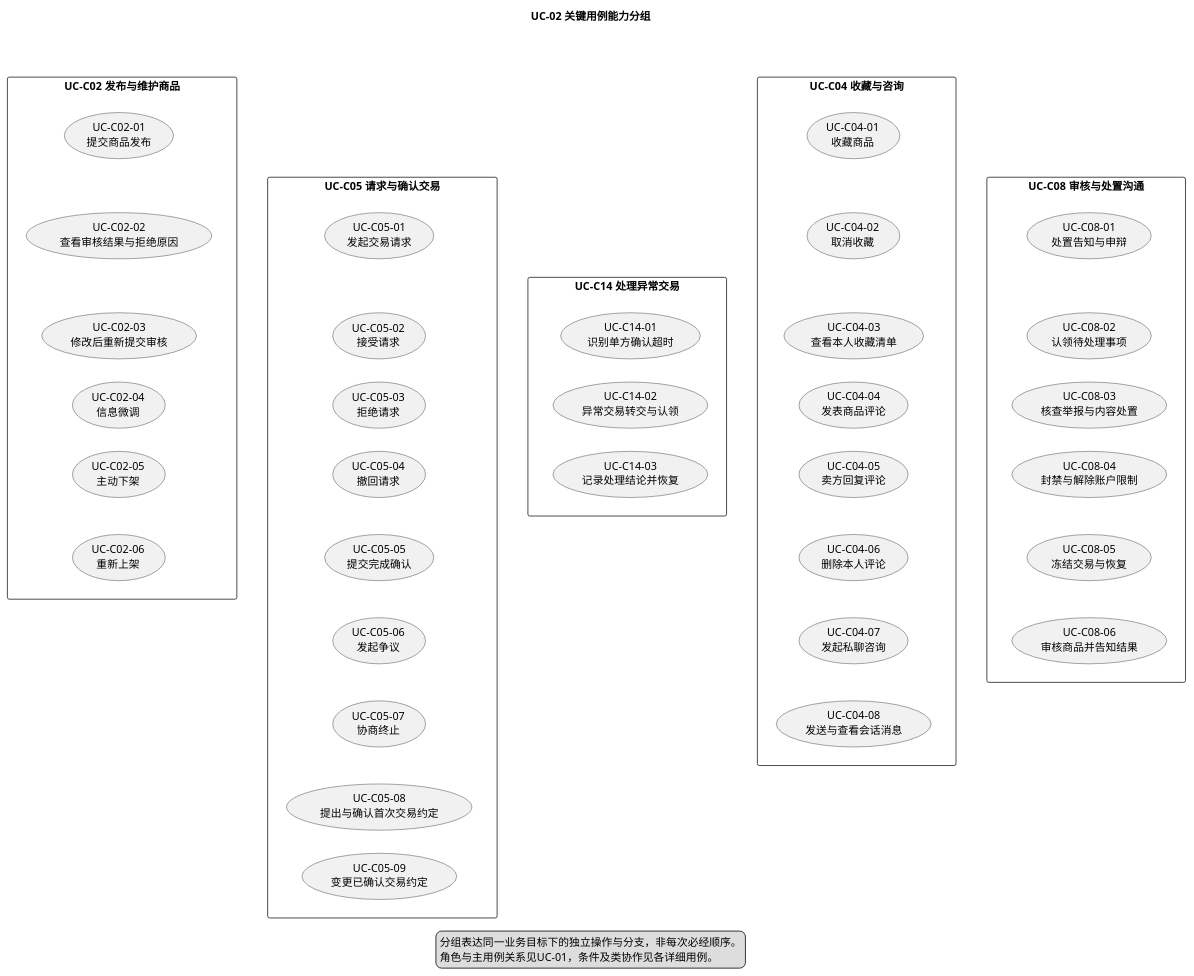
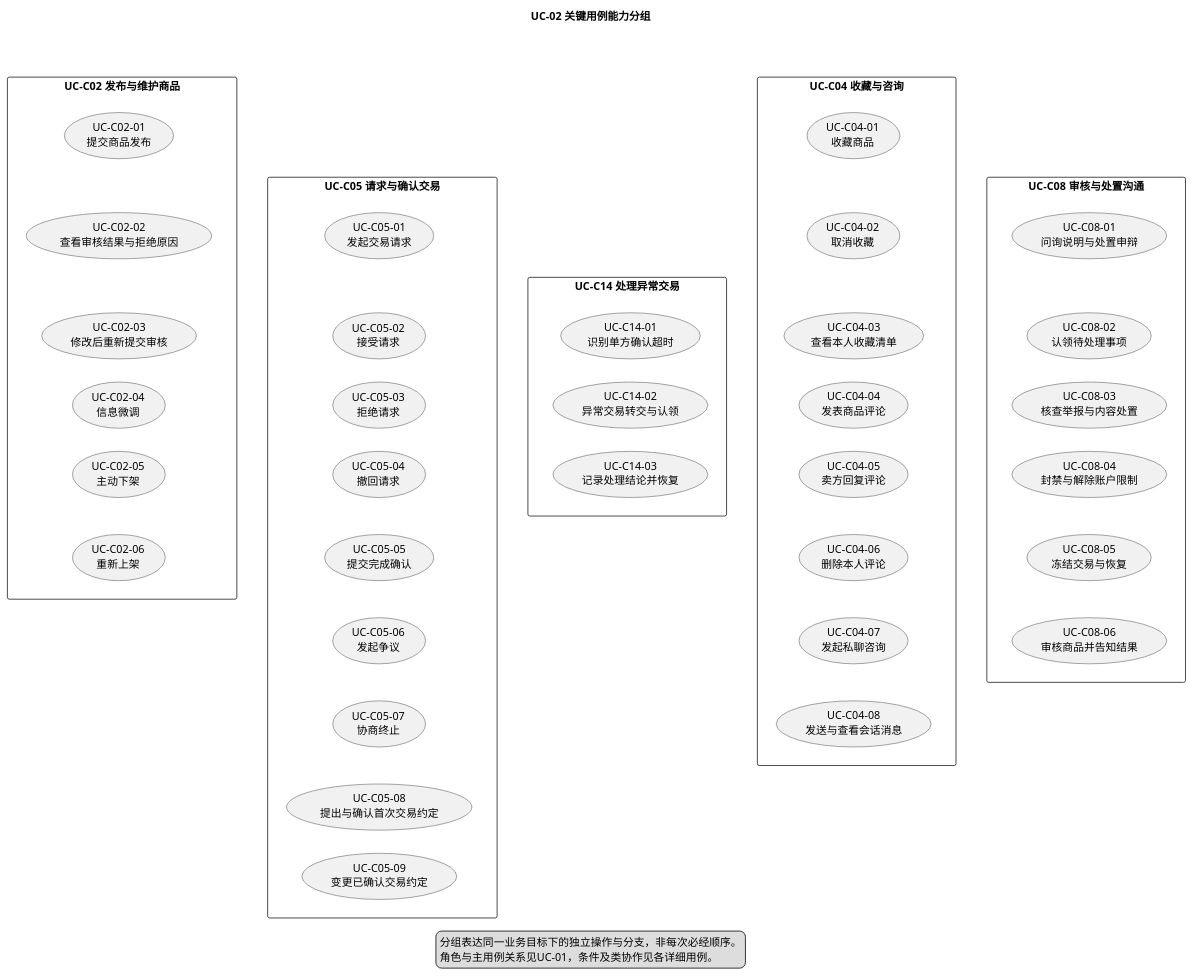
Before and after one commit to iy88/se-course-project-1: the diagram in docs/appendices/models/UC-02-子用例图.puml, drawn with PlantUML. The commit also changed 36 other files, not shown here.

First line of the commit message:
docs: 正文与模型一致性修复（规则引用去重、FR↔BR 映射补齐、图源更新）

```diff
--- a/docs/appendices/models/UC-02-子用例图.puml
+++ b/docs/appendices/models/UC-02-子用例图.puml
@@ -5,87 +5,87 @@
 @startuml
 skinparam defaultFontName "PingFang SC"
 skinparam shadowing false
 skinparam packageStyle rectangle
 skinparam nodesep 20
 skinparam ranksep 30
 top to bottom direction
 title UC-02 关键用例能力分组
 package "UC-C02 发布与维护商品" as P02 {
  usecase "UC-C02-01\n提交商品发布" as UCC0201
  usecase "UC-C02-02\n查看审核结果与拒绝原因" as UCC0202
  usecase "UC-C02-03\n修改后重新提交审核" as UCC0203
  usecase "UC-C02-04\n信息微调" as UCC0204
  usecase "UC-C02-05\n主动下架" as UCC0205
  usecase "UC-C02-06\n重新上架" as UCC0206
  UCC0201 -[hidden]down- UCC0202
  UCC0202 -[hidden]down- UCC0203
  UCC0203 -[hidden]down- UCC0204
  UCC0204 -[hidden]down- UCC0205
  UCC0205 -[hidden]down- UCC0206
 }
 package "UC-C04 收藏与咨询" as P04 {
  usecase "UC-C04-01\n收藏商品" as UCC0401
  usecase "UC-C04-02\n取消收藏" as UCC0402
  usecase "UC-C04-03\n查看本人收藏清单" as UCC0403
  usecase "UC-C04-04\n发表商品评论" as UCC0404
  usecase "UC-C04-05\n卖方回复评论" as UCC0405
  usecase "UC-C04-06\n删除本人评论" as UCC0406
  usecase "UC-C04-07\n发起私聊咨询" as UCC0407
  usecase "UC-C04-08\n发送与查看会话消息" as UCC0408
  UCC0401 -[hidden]down- UCC0402
  UCC0402 -[hidden]down- UCC0403
  UCC0403 -[hidden]down- UCC0404
  UCC0404 -[hidden]down- UCC0405
  UCC0405 -[hidden]down- UCC0406
  UCC0406 -[hidden]down- UCC0407
  UCC0407 -[hidden]down- UCC0408
 }
 package "UC-C05 请求与确认交易" as P05 {
  usecase "UC-C05-01\n发起交易请求" as UCC0501
  usecase "UC-C05-02\n接受请求" as UCC0502
  usecase "UC-C05-03\n拒绝请求" as UCC0503
  usecase "UC-C05-04\n撤回请求" as UCC0504
  usecase "UC-C05-05\n提交完成确认" as UCC0505
  usecase "UC-C05-06\n发起争议" as UCC0506
  usecase "UC-C05-07\n协商终止" as UCC0507
  usecase "UC-C05-08\n提出与确认首次交易约定" as UCC0508
  usecase "UC-C05-09\n变更已确认交易约定" as UCC0509
  UCC0501 -[hidden]down- UCC0502
  UCC0502 -[hidden]down- UCC0503
  UCC0503 -[hidden]down- UCC0504
  UCC0504 -[hidden]down- UCC0505
  UCC0505 -[hidden]down- UCC0506
  UCC0506 -[hidden]down- UCC0507
  UCC0507 -[hidden]down- UCC0508
  UCC0508 -[hidden]down- UCC0509
 }
 package "UC-C08 审核与处置沟通" as P08 {
- usecase "UC-C08-01\n处置告知与申辩" as UCC0801
+ usecase "UC-C08-01\n问询说明与处置申辩" as UCC0801
  usecase "UC-C08-02\n认领待处理事项" as UCC0802
  usecase "UC-C08-03\n核查举报与内容处置" as UCC0803
  usecase "UC-C08-04\n封禁与解除账户限制" as UCC0804
  usecase "UC-C08-05\n冻结交易与恢复" as UCC0805
  usecase "UC-C08-06\n审核商品并告知结果" as UCC0806
  UCC0801 -[hidden]down- UCC0802
  UCC0802 -[hidden]down- UCC0803
  UCC0803 -[hidden]down- UCC0804
  UCC0804 -[hidden]down- UCC0805
  UCC0805 -[hidden]down- UCC0806
 }
 package "UC-C14 处理异常交易" as P14 {
  usecase "UC-C14-01\n识别单方确认超时" as UCC1401
  usecase "UC-C14-02\n异常交易转交与认领" as UCC1402
  usecase "UC-C14-03\n记录处理结论并恢复" as UCC1403
  UCC1401 -[hidden]down- UCC1402
  UCC1402 -[hidden]down- UCC1403
 }
 P02 -[hidden]right- P04
 P02 -[hidden]down- P05
 P04 -[hidden]down- P08
 P05 -[hidden]right- P08
 P05 -[hidden]down- P14
 legend bottom
 分组表达同一业务目标下的独立操作与分支，非每次必经顺序。
 角色与主用例关系见UC-01，条件及类协作见各详细用例。
 endlegend
 @enduml
```
